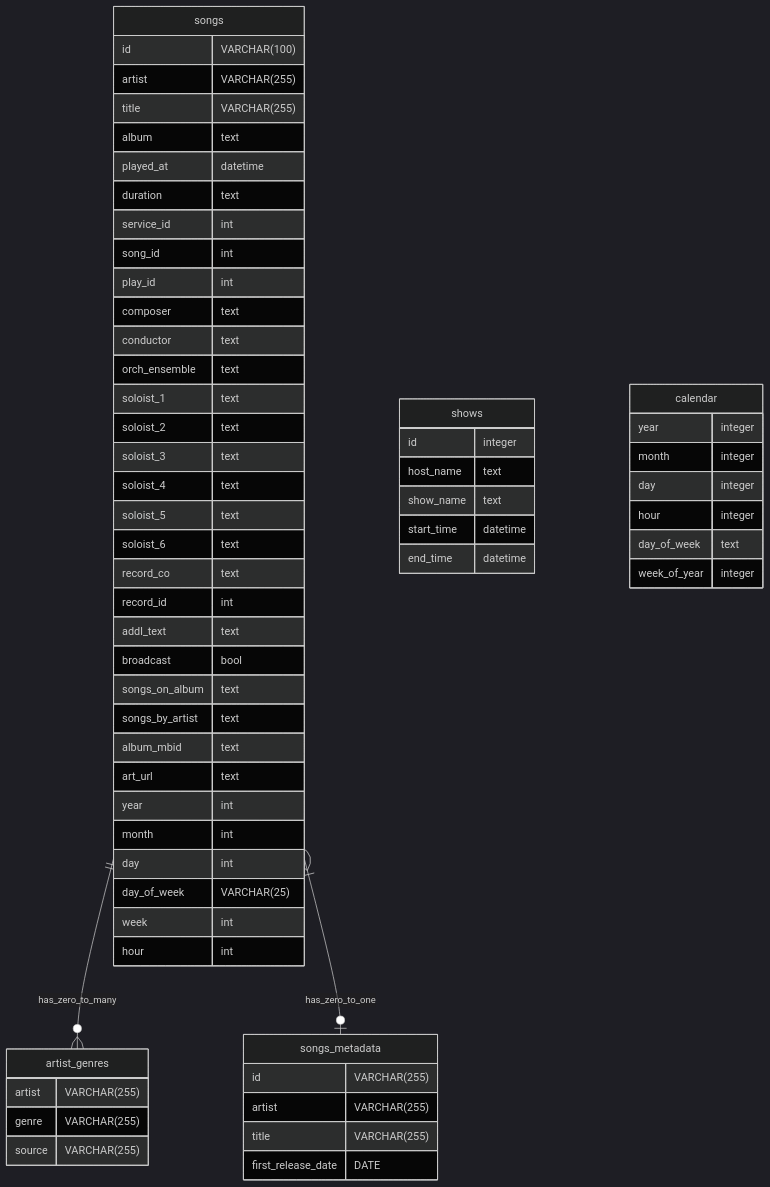
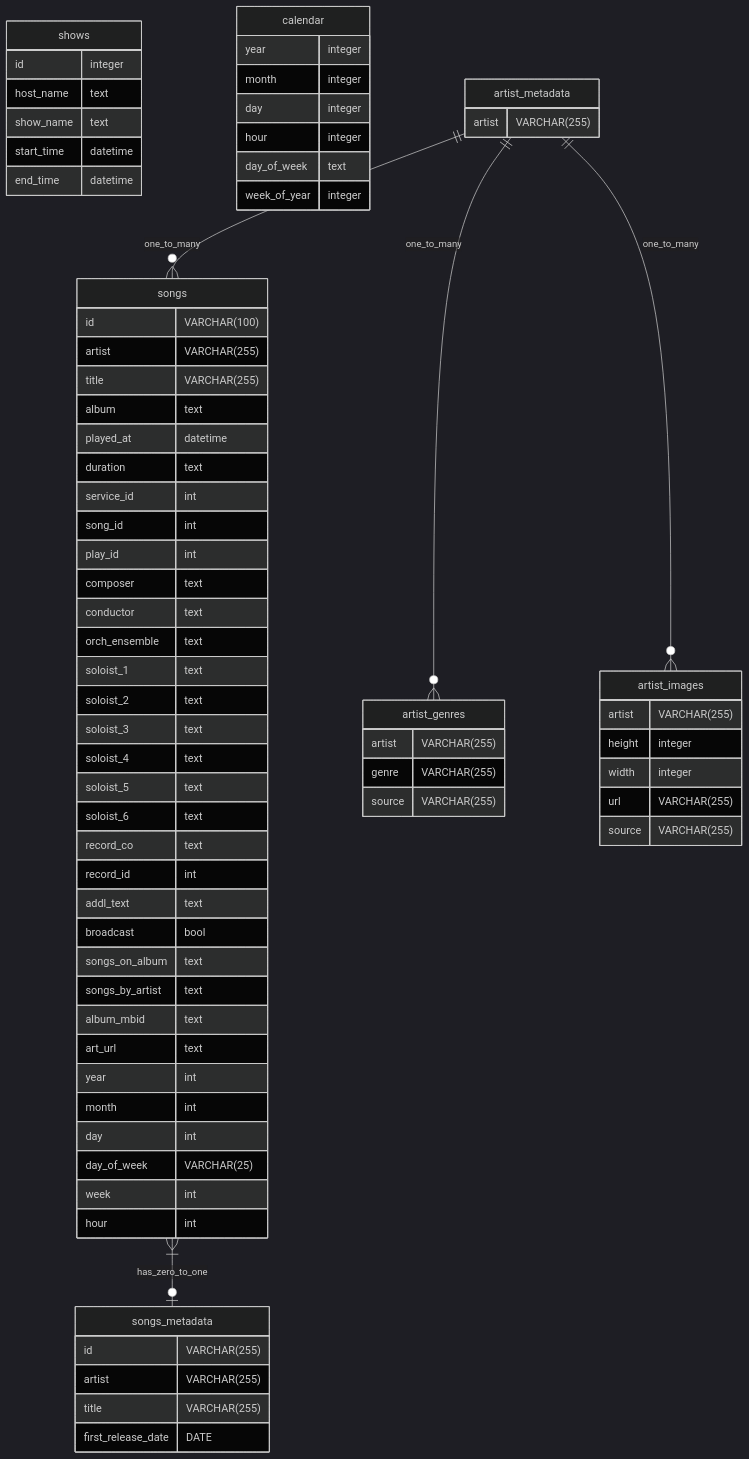
One commit to jasonmotylinski/thecurrent changed the diagram in datamodel.md. Above: the diagram before and after it, drawn with Mermaid (dark theme). The commit also changed 3 other files, not shown here.

````diff
--- a/datamodel.md
+++ b/datamodel.md
@@ -65,8 +65,21 @@
     source VARCHAR(255)
 }
 
+artist_metadata {
+    artist VARCHAR(255)
+}
 
-songs ||--o{ artist_genres: has_zero_to_many
+artist_images {
+    artist VARCHAR(255)
+    height integer
+    width integer
+    url VARCHAR(255)
+    source VARCHAR(255)
+}
 
 songs }|--o| songs_metadata: has_zero_to_one
+
+artist_metadata ||--o{ songs: one_to_many
+artist_metadata ||--o{ artist_genres: one_to_many
+artist_metadata ||--o{ artist_images: one_to_many
 ```
````
